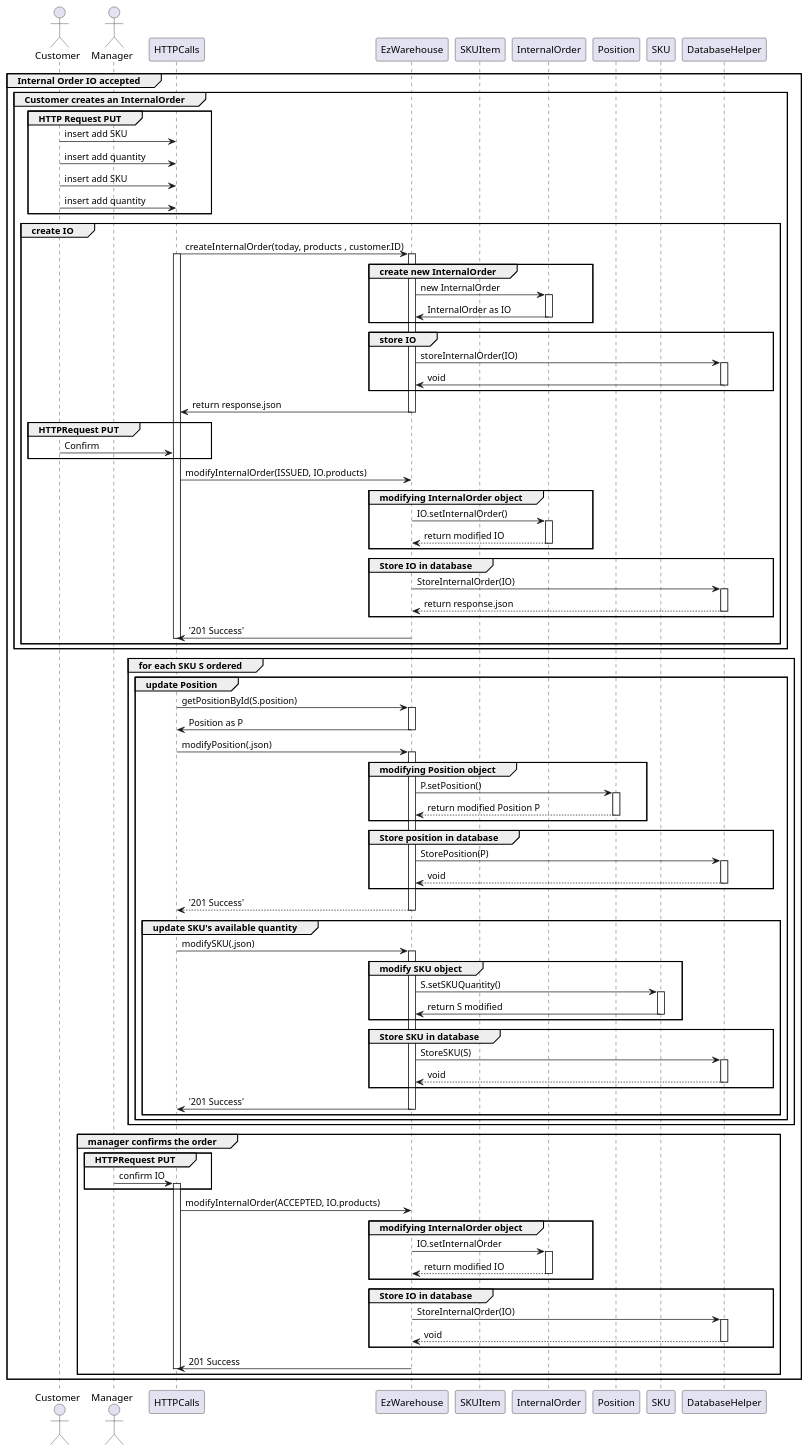
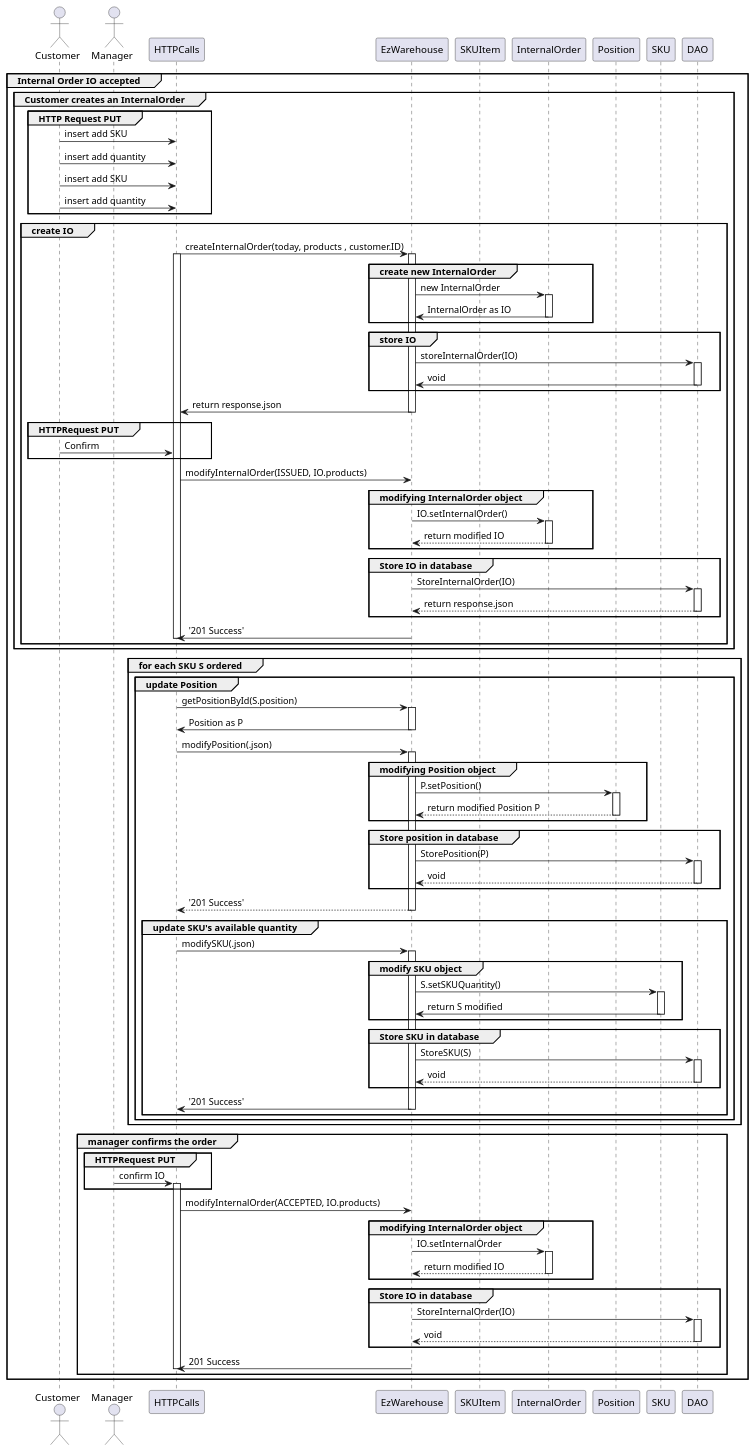
Diagram 15 of 19 in DESIGN PART/DesignDocument.md (DavideArcolini/SoftEng_garbageCollector), drawn with PlantUML before and after one commit. The commit also changed other lines of this file, not shown here.

```diff
--- a/DESIGN PART/DesignDocument.md
+++ b/DESIGN PART/DesignDocument.md
@@ -1019,7 +950,7 @@
 participant InternalOrder
 participant Position
 participant SKU
-participant DatabaseHelper as DatabaseHelper
+participant DAO as DAO
 
 
 group Customer creates an InternalOrder
@@ -1042,10 +973,10 @@
 deactivate InternalOrder
 end
 group store IO
-EzWarehouse->DatabaseHelper: storeInternalOrder(IO)
-activate DatabaseHelper
-EzWarehouse<-DatabaseHelper: void
-deactivate DatabaseHelper
+EzWarehouse->DAO: storeInternalOrder(IO)
+activate DAO
+EzWarehouse<-DAO: void
+deactivate DAO
 end
 
 EzWarehouse->HTTPCalls: return response.json
@@ -1063,10 +994,10 @@
 end
 
 group Store IO in database
-EzWarehouse -> DatabaseHelper: StoreInternalOrder(IO)
-activate DatabaseHelper
-DatabaseHelper --> EzWarehouse: return response.json
-deactivate DatabaseHelper
+EzWarehouse -> DAO: StoreInternalOrder(IO)
+activate DAO
+DAO --> EzWarehouse: return response.json
+deactivate DAO
 end
 
 activate EzWarehouse
@@ -1093,10 +1024,10 @@
 end
 
 group Store position in database
-EzWarehouse -> DatabaseHelper: StorePosition(P)
-activate DatabaseHelper
-DatabaseHelper --> EzWarehouse: void
-deactivate DatabaseHelper
+EzWarehouse -> DAO: StorePosition(P)
+activate DAO
+DAO --> EzWarehouse: void
+deactivate DAO
 end
 EzWarehouse --> HTTPCalls: '201 Success'
 deactivate EzWarehouse
@@ -1111,10 +1042,10 @@
 deactivate SKU
 end
 group Store SKU in database
-EzWarehouse -> DatabaseHelper: StoreSKU(S)
-activate DatabaseHelper
-DatabaseHelper --> EzWarehouse: void
-deactivate DatabaseHelper
+EzWarehouse -> DAO: StoreSKU(S)
+activate DAO
+DAO --> EzWarehouse: void
+deactivate DAO
 end
 activate EzWarehouse
 EzWarehouse->HTTPCalls: '201 Success'
@@ -1139,10 +1070,10 @@
 end
 
 group Store IO in database
-EzWarehouse -> DatabaseHelper: StoreInternalOrder(IO)
-activate DatabaseHelper
-DatabaseHelper --> EzWarehouse: void
-deactivate DatabaseHelper
+EzWarehouse -> DAO: StoreInternalOrder(IO)
+activate DAO
+DAO --> EzWarehouse: void
+deactivate DAO
 end
 
 
```
